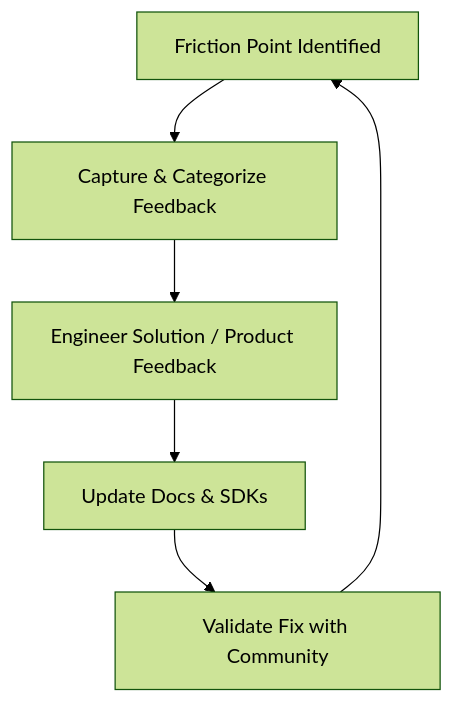
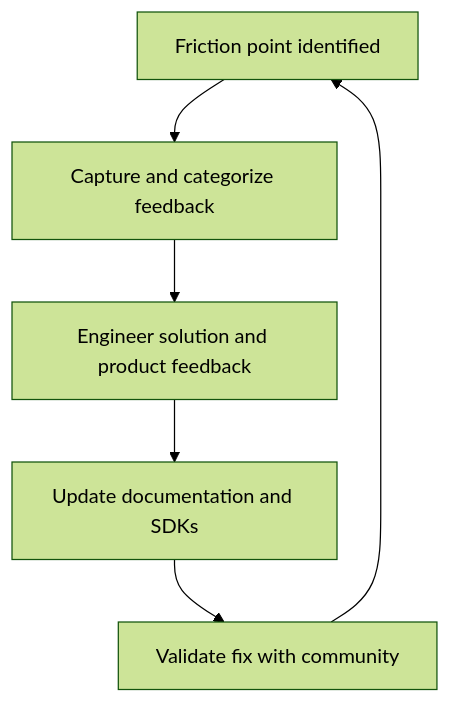
The diagram in docs/industry-terms/developer-relations.md (vaishvanara/techwritingkb), drawn with Mermaid (forest theme) before and after one commit. The commit also changed other lines of this file and 51 other files, not shown here.

````diff
--- a/docs/industry-terms/developer-relations.md
+++ b/docs/industry-terms/developer-relations.md
@@ -48,8 +48,8 @@
 ```mermaid
 graph TD
-    A[Friction Point Identified] --> B[Capture & Categorize Feedback]
-    B --> C[Engineer Solution / Product Feedback]
-    C --> D[Update Docs & SDKs]
-    D --> E[Validate Fix with Community]
+    A[Friction point identified] --> B[Capture and categorize feedback]
+    B --> C[Engineer solution and product feedback]
+    C --> D[Update documentation and SDKs]
+    D --> E[Validate fix with community]
     E --> A
 ```
````
